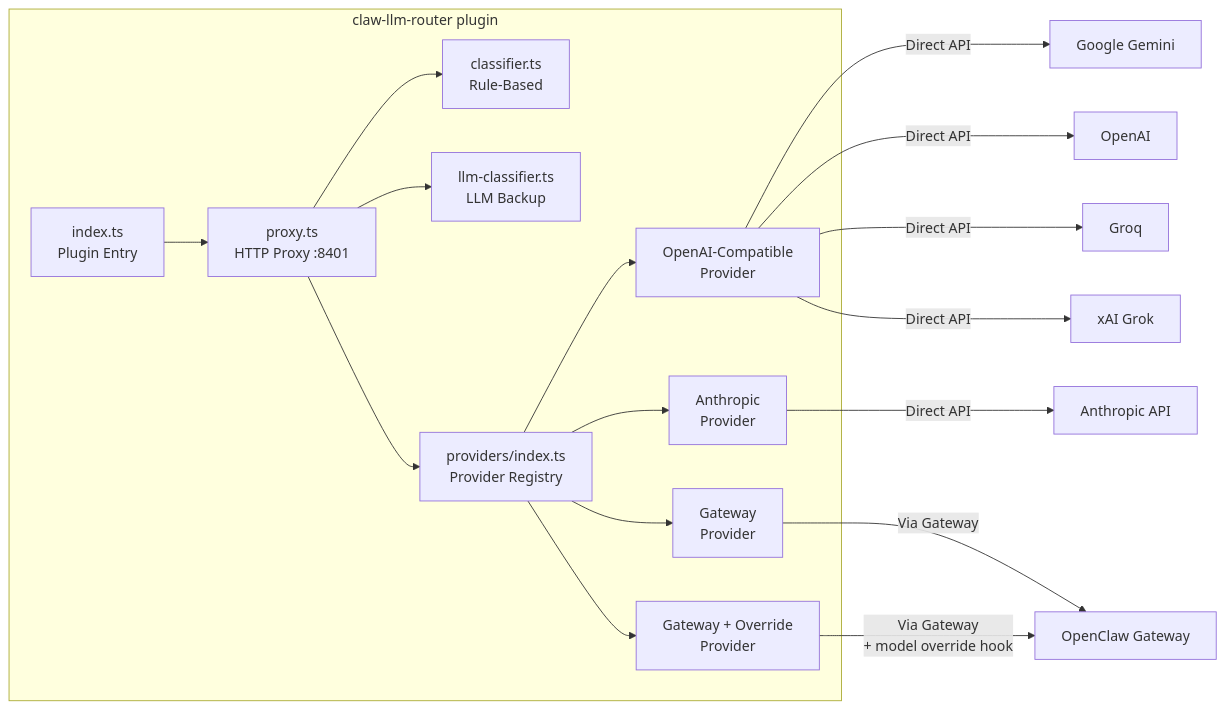
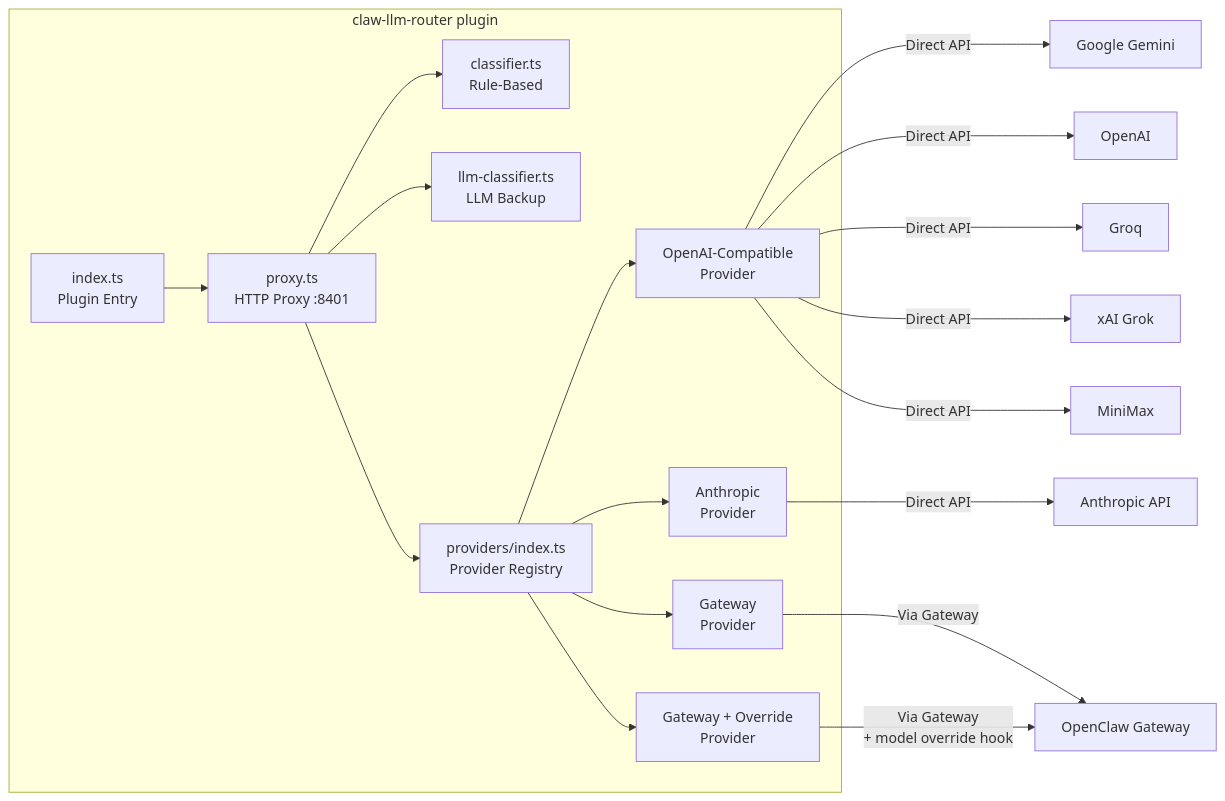
The second of 3 diagrams in README.md (donnfelker/claw-llm-router), drawn with Mermaid before and after one commit. The commit also changed other lines of this file and 5 other files, not shown here.

First line of the commit message:
Add MiniMax (M2.5) provider support with OAuth handling

````diff
--- a/README.md
+++ b/README.md
@@ -83,21 +83,22 @@
 ```mermaid
 flowchart LR
     subgraph Plugin ["claw-llm-router plugin"]
         IDX[index.ts<br/>Plugin Entry] --> PROXY[proxy.ts<br/>HTTP Proxy :8401]
         PROXY --> CLS[classifier.ts<br/>Rule-Based]
         PROXY --> LLM[llm-classifier.ts<br/>LLM Backup]
         PROXY --> CALL[providers/index.ts<br/>Provider Registry]
         CALL --> OAI[OpenAI-Compatible<br/>Provider]
         CALL --> ANT[Anthropic<br/>Provider]
         CALL --> GW[Gateway<br/>Provider]
         CALL --> GWO[Gateway + Override<br/>Provider]
     end
 
     OAI -->|Direct API| GOOGLE[Google Gemini]
     OAI -->|Direct API| OPENAI[OpenAI]
     OAI -->|Direct API| GROQ[Groq]
     OAI -->|Direct API| XAI[xAI Grok]
+    OAI -->|Direct API| MINIMAX[MiniMax]
     ANT -->|Direct API| ANTAPI[Anthropic API]
     GW -->|Via Gateway| GWSVC[OpenClaw Gateway]
     GWO -->|Via Gateway<br/>+ model override hook| GWSVC
 ```
````
